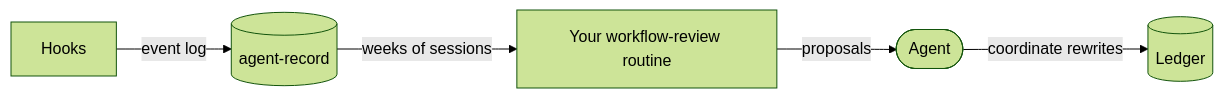
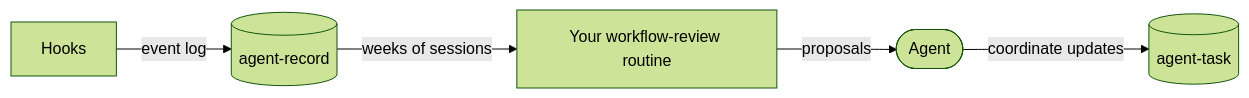
Before and after one commit to cniska/agent-skills: the second of 3 diagrams in docs/plugin.md, drawn with Mermaid (forest theme). The commit also changed other lines of this file and 14 other files, not shown here.

Commit message:
feat(coordinate): work from agent-task alone

````diff
--- a/docs/plugin.md
+++ b/docs/plugin.md
@@ -21,7 +21,7 @@
 ```mermaid
 flowchart LR
-  agent(["Agent"]) -- "coordinate rewrites" --> ledger[("Ledger")]
+  agent(["Agent"]) -- "coordinate updates" --> tasks[("agent-task")]
   hook["Hooks"] -- "event log" --> rec[("agent-record")]
   rec -- "weeks of sessions" --> review["Your workflow-review routine"]
   review -- "proposals" --> agent
 ```
````
